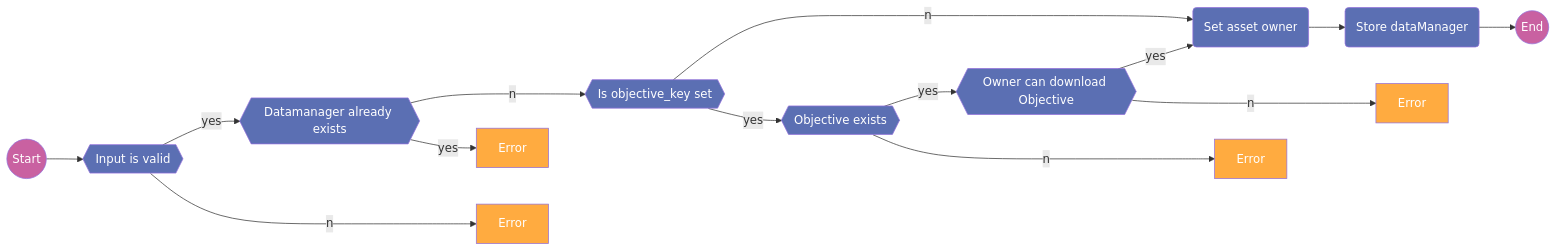
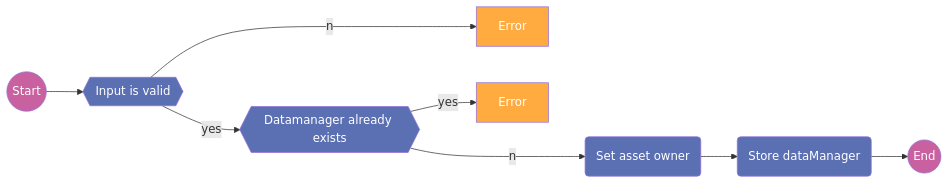
The diagram in docs/assets/schemas/datamanager.register.mmd (Substra/orchestrator), drawn with Mermaid before and after one commit. The commit also changed 66 other files, not shown here.

```diff
--- a/docs/assets/schemas/datamanager.register.mmd
+++ b/docs/assets/schemas/datamanager.register.mmd
@@ -1,53 +1,36 @@
 graph LR
 %% Nodes definition
 start((Start))
 
 input_valid{{Input is valid}}
 err_input_valid[Error]
 
 dm_exists{{Datamanager already exists}}
 err_dm_exists[Error]
 
-obj_owner{{Owner can download Objective}}
-err_obj_owner[Error]
-
 set_owner(Set asset owner)
 
-obj_set{{Is objective_key set}}
-
 store_dm(Store dataManager)
-
-obj_exists{{Objective exists}}
-err_obj_exists[Error]
 
 End1((End))
 
 %% Dependency graph
 start --> input_valid
 
 input_valid --yes--> dm_exists
 input_valid --no--> err_input_valid
 
-dm_exists --no--> obj_set
+dm_exists --no--> set_owner
 dm_exists --yes--> err_dm_exists
-
-obj_set --no--> set_owner
-obj_set --yes--> obj_exists
-
-obj_exists --yes--> obj_owner
-obj_exists --no--> err_obj_exists
-
-obj_owner --yes--> set_owner
-obj_owner --no--> err_obj_owner
 
 set_owner --> store_dm
 
 store_dm --> End1
 
 %% Style
 classDef default fill:#5b6fb3,color:#ffffff;
 classDef startEnd fill:#C961A1,color:#ffffff;
 classDef error fill:#ffab40,color:#ffffff;
 
 class start,End1 startEnd;
 class err_input_valid,err_dm_exists,err_obj_exists,err_obj_owner error;
```
